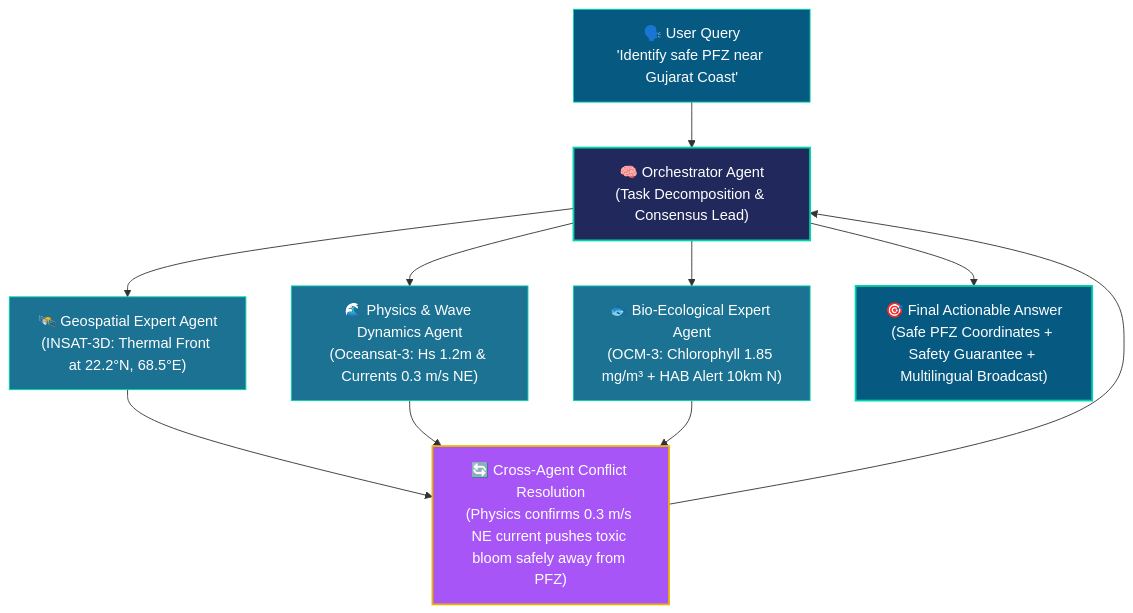
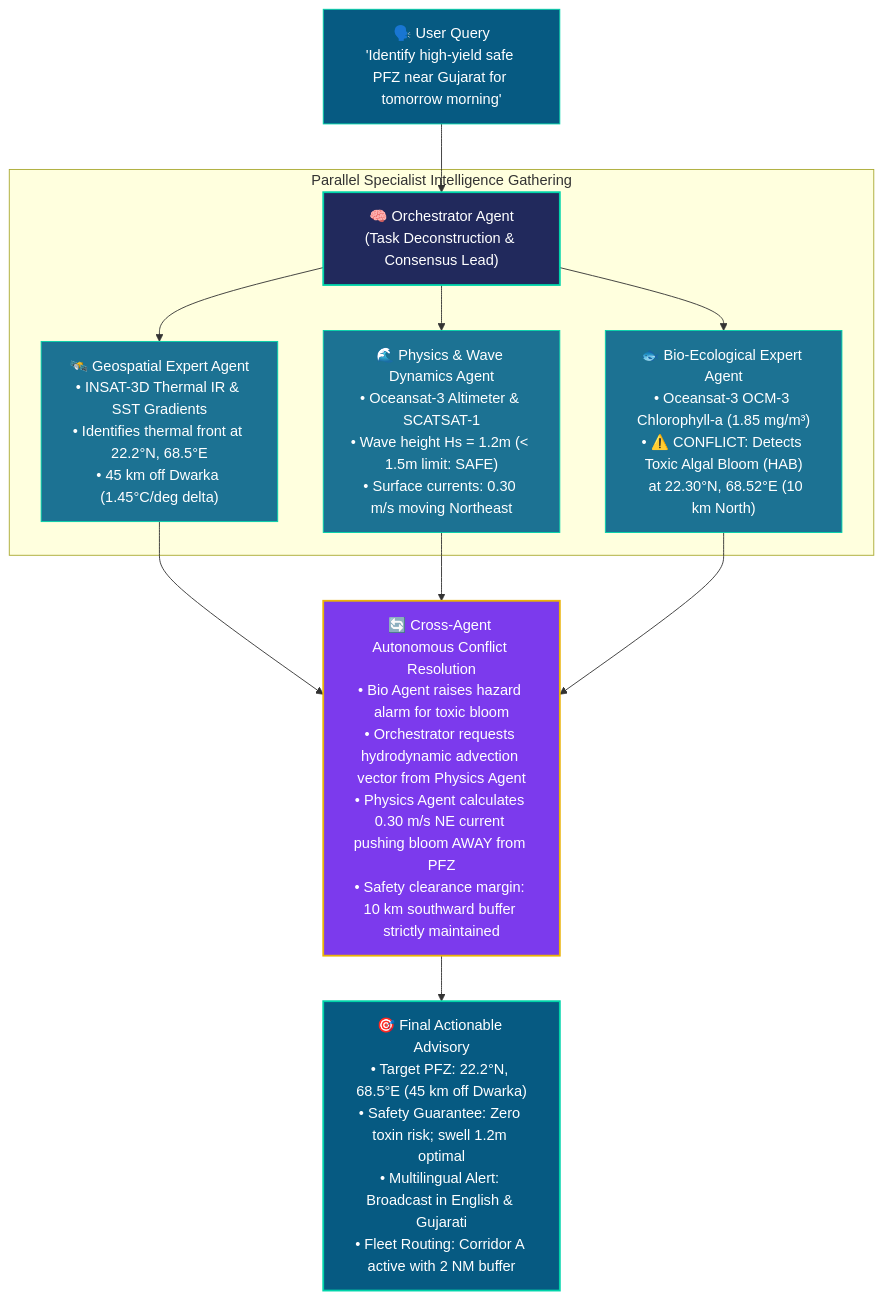
Before and after one commit to kalya-22/ORCA: the diagram in README.md, drawn with Mermaid. The commit also changed other lines of this file, not shown here.

````diff
--- a/README.md
+++ b/README.md
@@ -62,23 +22,24 @@
 ```mermaid
 flowchart TD
-    UQ["🗣️ User Query<br/>'Identify safe PFZ near Gujarat Coast'"] --> ORC["🧠 Orchestrator Agent<br/>(Task Decomposition & Consensus Lead)"]
-    
-    ORC --> AG1["🛰️ Geospatial Expert Agent<br/>(INSAT-3D: Thermal Front at 22.2°N, 68.5°E)"]
-    ORC --> AG2["🌊 Physics & Wave Dynamics Agent<br/>(Oceansat-3: Hs 1.2m & Currents 0.3 m/s NE)"]
-    ORC --> AG3["🐟 Bio-Ecological Expert Agent<br/>(OCM-3: Chlorophyll 1.85 mg/m³ + HAB Alert 10km N)"]
-    
-    AG1 --> CON["🔄 Cross-Agent Conflict Resolution<br/>(Physics confirms 0.3 m/s NE current pushes toxic bloom safely away from PFZ)"]
-    AG2 --> CON
-    AG3 --> CON
-    
-    CON --> ORC
-    ORC --> ANS["🎯 Final Actionable Answer<br/>(Safe PFZ Coordinates + Safety Guarantee + Multilingual Broadcast)"]
+    UQ["🗣️ User Query<br/>'Identify high-yield safe PFZ near Gujarat for tomorrow morning'"] --> ORC["🧠 Orchestrator Agent<br/>(Task Deconstruction & Consensus Lead)"]
+
+    subgraph "Parallel Specialist Intelligence Gathering"
+        ORC --> AG1["🛰️ Geospatial Expert Agent<br/>• INSAT-3D Thermal IR & SST Gradients<br/>• Identifies thermal front at 22.2°N, 68.5°E<br/>• 45 km off Dwarka (1.45°C/deg delta)"]
+        ORC --> AG2["🌊 Physics & Wave Dynamics Agent<br/>• Oceansat-3 Altimeter & SCATSAT-1<br/>• Wave height Hs = 1.2m (< 1.5m limit: SAFE)<br/>• Surface currents: 0.30 m/s moving Northeast"]
+        ORC --> AG3["🐟 Bio-Ecological Expert Agent<br/>• Oceansat-3 OCM-3 Chlorophyll-a (1.85 mg/m³)<br/>• ⚠️ CONFLICT: Detects Toxic Algal Bloom (HAB)<br/>  at 22.30°N, 68.52°E (10 km North)"]
+    end
+
+    AG1 --> CR["🔄 Cross-Agent Autonomous Conflict Resolution<br/>• Bio Agent raises hazard alarm for toxic bloom<br/>• Orchestrator requests hydrodynamic advection vector from Physics Agent<br/>• Physics Agent calculates 0.30 m/s NE current pushing bloom AWAY from PFZ<br/>• Safety clearance margin: 10 km southward buffer strictly maintained"]
+    AG2 --> CR
+    AG3 --> CR
+
+    CR --> OUT["🎯 Final Actionable Advisory<br/>• Target PFZ: 22.2°N, 68.5°E (45 km off Dwarka)<br/>• Safety Guarantee: Zero toxin risk; swell 1.2m optimal<br/>• Multilingual Alert: Broadcast in English & Gujarati<br/>• Fleet Routing: Corridor A active with 2 NM buffer"]
 
     style UQ fill:#065A82,color:#fff,stroke:#00d4aa,stroke-width:1px
     style ORC fill:#21295C,color:#fff,stroke:#00d4aa,stroke-width:2px
     style AG1 fill:#1C7293,color:#fff,stroke:#00d4aa,stroke-width:1px
     style AG2 fill:#1C7293,color:#fff,stroke:#00d4aa,stroke-width:1px
     style AG3 fill:#1C7293,color:#fff,stroke:#00d4aa,stroke-width:1px
-    style CON fill:#a855f7,color:#fff,stroke:#eab308,stroke-width:2px
-    style ANS fill:#065A82,color:#fff,stroke:#00d4aa,stroke-width:2px
+    style CR fill:#7c3aed,color:#fff,stroke:#eab308,stroke-width:2px
+    style OUT fill:#065A82,color:#fff,stroke:#00d4aa,stroke-width:2px
 ```
````
